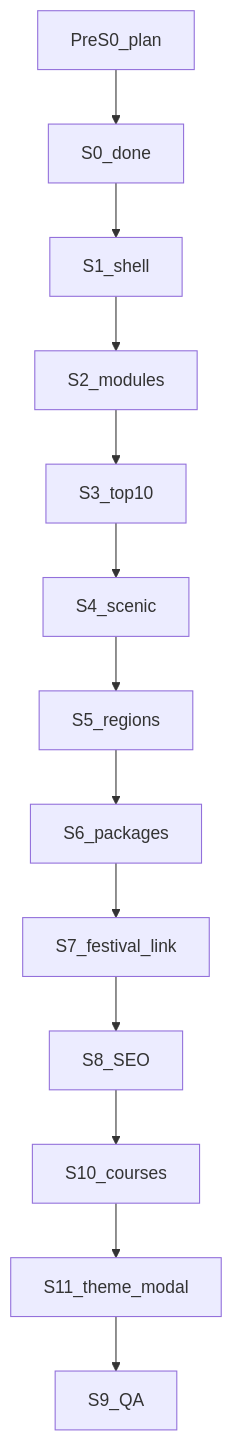
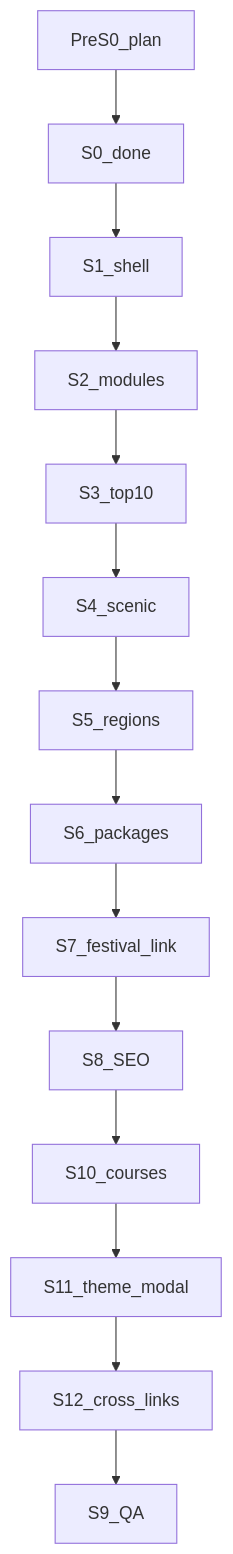
One commit to catgeot/Days changed the first of 3 diagrams in plans/korea-theme-travel-plan.md. Above: the diagram before and after it, drawn with Mermaid. The commit also changed other lines of this file and 6 other files, not shown here.

````diff
--- a/plans/korea-theme-travel-plan.md
+++ b/plans/korea-theme-travel-plan.md
@@ -74,15 +77,16 @@
 ```mermaid
 flowchart TD
   pre[PreS0_plan] --> S0[S0_done]
   S0 --> S1[S1_shell]
   S1 --> S2[S2_modules]
   S2 --> S3[S3_top10]
   S3 --> S4[S4_scenic]
   S4 --> S5[S5_regions]
   S5 --> S6[S6_packages]
   S6 --> S7[S7_festival_link]
   S7 --> S8[S8_SEO]
   S8 --> S10[S10_courses]
   S10 --> S11[S11_theme_modal]
-  S11 --> S9[S9_QA]
+  S11 --> S12[S12_cross_links]
+  S12 --> S9[S9_QA]
 ```
````
